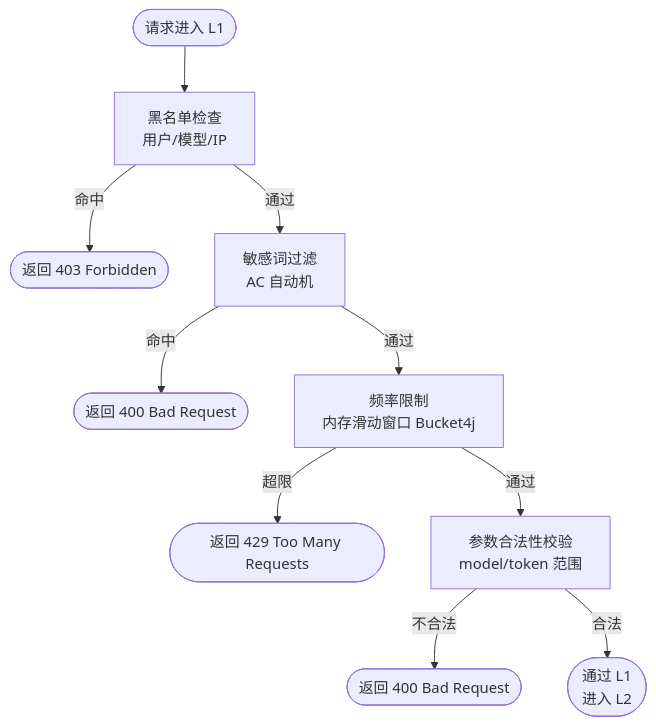
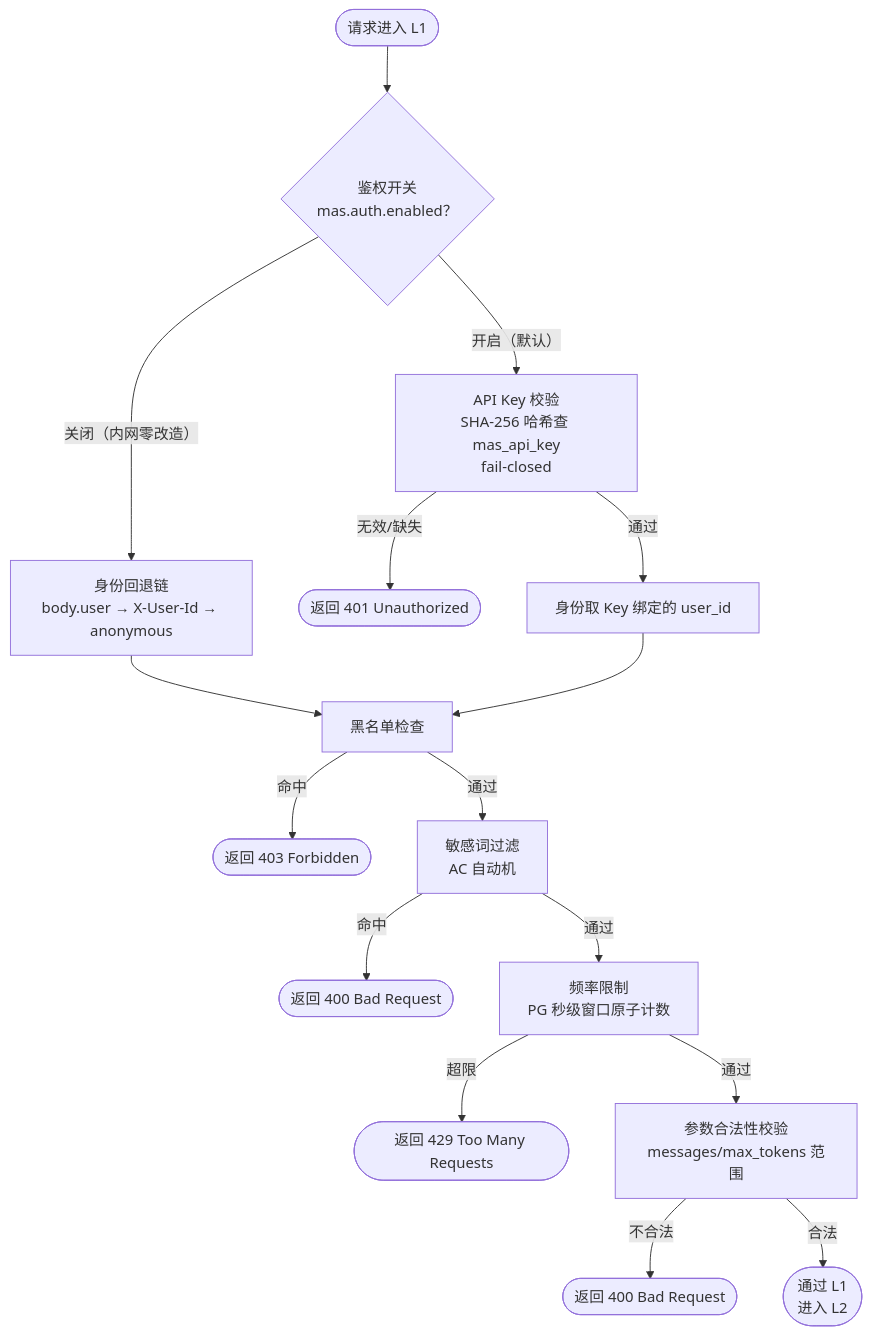
The fourth of 11 diagrams in 智能模型路由访问平台（MAS）设计方案.md (wuhuanyu91/sunyard-mass), drawn with Mermaid before and after one commit. The commit also changed other lines of this file and 19 other files, not shown here.

Commit message:
feat(mas): 新增 L1 规则拦截、调用日志记录与 API Key 管理功能

````diff
--- a/智能模型路由访问平台（MAS）设计方案.md
+++ b/智能模型路由访问平台（MAS）设计方案.md
@@ -376,12 +392,18 @@
 ```mermaid
 flowchart TB
-    INPUT(["请求进入 L1"]) --> BLACK["黑名单检查<br/>用户/模型/IP"]
+    INPUT(["请求进入 L1"]) --> AUTH{"鉴权开关<br/>mas.auth.enabled？"}
+    AUTH -->|"关闭（内网零改造）"| IDENTITY["身份回退链<br/>body.user → X-User-Id → anonymous"]
+    AUTH -->|"开启（默认）"| KEY["API Key 校验<br/>SHA-256 哈希查 mas_api_key<br/>fail-closed"]
+    KEY -->|"无效/缺失"| BLOCK0(["返回 401 Unauthorized"])
+    KEY -->|"通过"| IDENTITY2["身份取 Key 绑定的 user_id"]
+    IDENTITY --> BLACK["黑名单检查"]
+    IDENTITY2 --> BLACK
     BLACK -->|"命中"| BLOCK1(["返回 403 Forbidden"])
     BLACK -->|"通过"| SENSITIVE["敏感词过滤<br/>AC 自动机"]
     SENSITIVE -->|"命中"| BLOCK2(["返回 400 Bad Request"])
-    SENSITIVE -->|"通过"| RATE["频率限制<br/>内存滑动窗口 Bucket4j"]
+    SENSITIVE -->|"通过"| RATE["频率限制<br/>PG 秒级窗口原子计数"]
     RATE -->|"超限"| BLOCK3(["返回 429 Too Many Requests"])
-    RATE -->|"通过"| VALID["参数合法性校验<br/>model/token 范围"]
+    RATE -->|"通过"| VALID["参数合法性校验<br/>messages/max_tokens 范围"]
     VALID -->|"不合法"| BLOCK4(["返回 400 Bad Request"])
     VALID -->|"合法"| PASS(["通过 L1<br/>进入 L2"])
 ```
````
